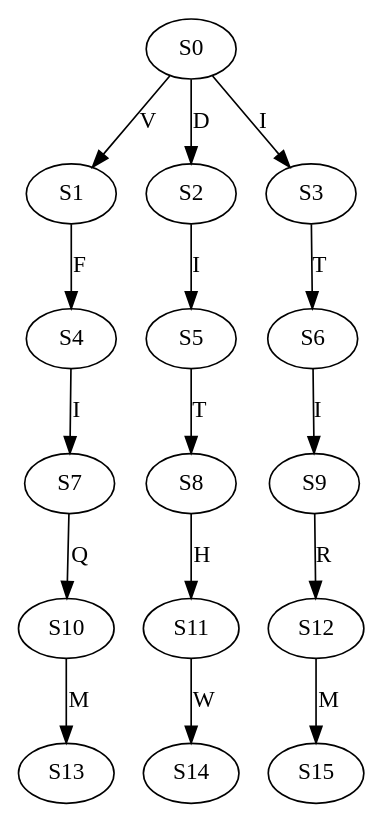
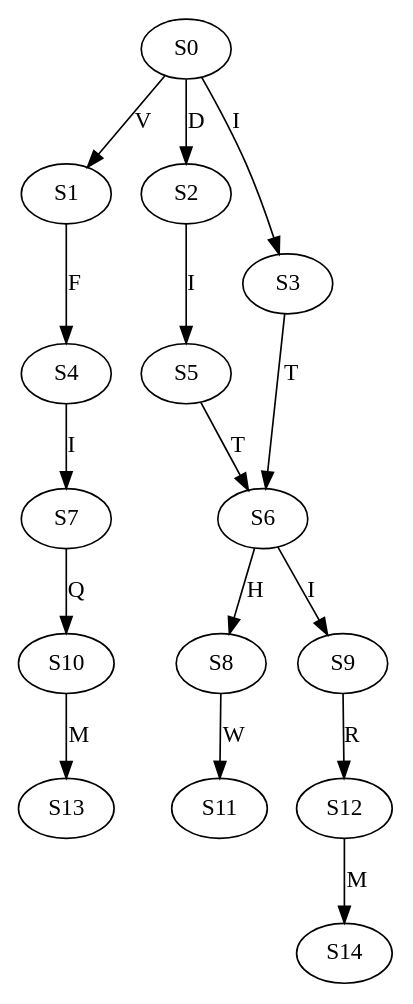
One commit to Kuanhao-Chao/Wheeler_Graph_Toolkit changed the diagram in data/graph/GT_vs_WGT/DeBruijnG_AA/Human_RPS27A_orthologues_AA_k_3_l_5_a_4.dot. Above: the diagram before and after it, drawn with Graphviz. The commit also changed 1989 other files, not shown here.

Commit message:
Add non-collapsed De Bruijn Graph

```diff
--- a/data/graph/GT_vs_WGT/DeBruijnG_AA/Human_RPS27A_orthologues_AA_k_3_l_5_a_4.dot
+++ b/data/graph/GT_vs_WGT/DeBruijnG_AA/Human_RPS27A_orthologues_AA_k_3_l_5_a_4.dot
@@ -1,17 +1,17 @@
 strict digraph  {
 	S0 -> S1 [ label = V ];
 	S0 -> S2 [ label = D ];
 	S0 -> S3 [ label = I ];
 	S1 -> S4 [ label = F ];
 	S2 -> S5 [ label = I ];
 	S3 -> S6 [ label = T ];
 	S4 -> S7 [ label = I ];
-	S5 -> S8 [ label = T ];
+	S5 -> S6 [ label = T ];
+	S6 -> S8 [ label = H ];
 	S6 -> S9 [ label = I ];
 	S7 -> S10 [ label = Q ];
-	S8 -> S11 [ label = H ];
+	S8 -> S11 [ label = W ];
 	S9 -> S12 [ label = R ];
 	S10 -> S13 [ label = M ];
-	S11 -> S14 [ label = W ];
-	S12 -> S15 [ label = M ];
+	S12 -> S14 [ label = M ];
 }
```
